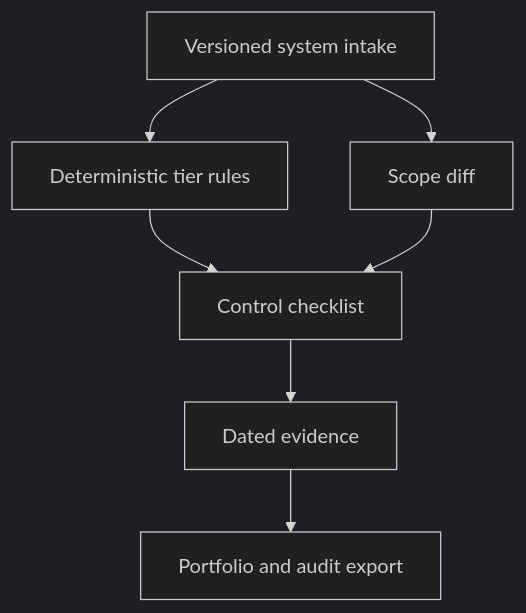
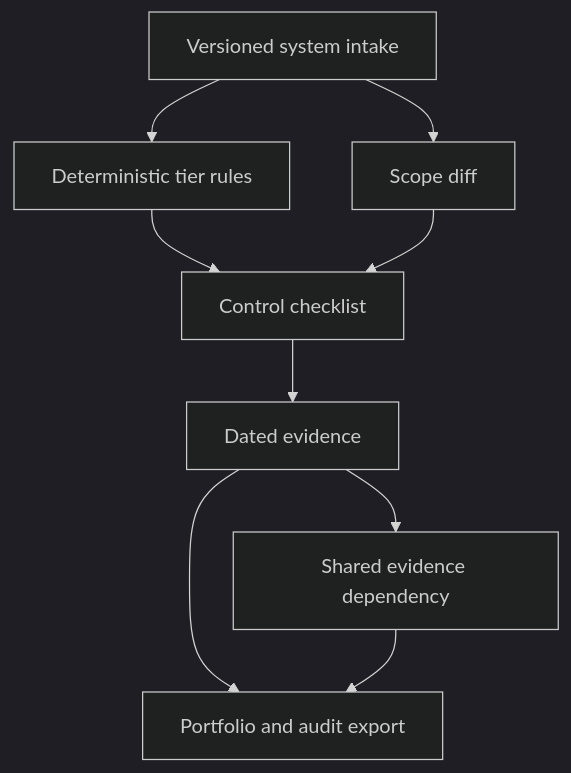
One commit to MadanMohan0537/ai-use-case-risk-registry changed the diagram in README.md. Above: the diagram before and after it, drawn with Mermaid (dark theme). The commit also changed other lines of this file and 7 other files, not shown here.

Commit message:
Add shared control evidence dependencies

````diff
--- a/README.md
+++ b/README.md
@@ -37,9 +38,11 @@
 ```mermaid
 flowchart TD
     A[Versioned system intake] --> B[Deterministic tier rules]
     B --> C[Control checklist]
     C --> D[Dated evidence]
     D --> E[Portfolio and audit export]
     A --> F[Scope diff]
     F --> C
+    D --> G[Shared evidence dependency]
+    G --> E
 ```
````
